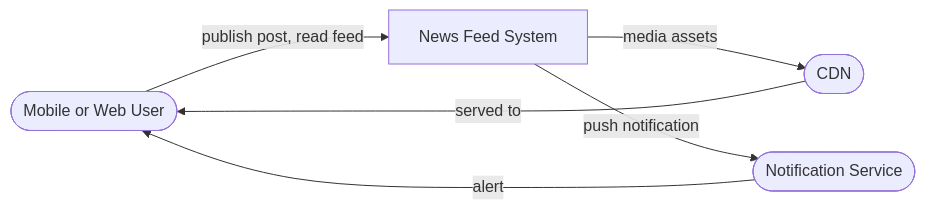
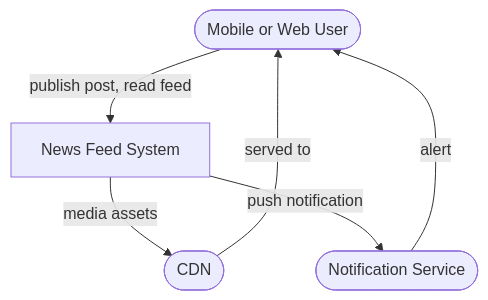
One commit to haongo138/road-to-senior changed the first of 3 diagrams in docs/system-design/news-feed.md. Above: the diagram before and after it, drawn with Mermaid. The commit also changed other lines of this file and 10 other files, not shown here.

First line of the commit message:
fix(diagrams): vertical Mermaid charts + lightbox sizing, scroll-lock & label clipping

````diff
--- a/docs/system-design/news-feed.md
+++ b/docs/system-design/news-feed.md
@@ -23,12 +23,12 @@
 ```mermaid
-flowchart LR
+flowchart TB
   user([Mobile or Web User])
   cdn([CDN])
   notif([Notification Service])
 
   user -->|publish post, read feed| NF[News Feed System]
   NF -->|media assets| cdn
   cdn -->|served to| user
   NF -->|push notification| notif
   notif -->|alert| user
 ```
````
